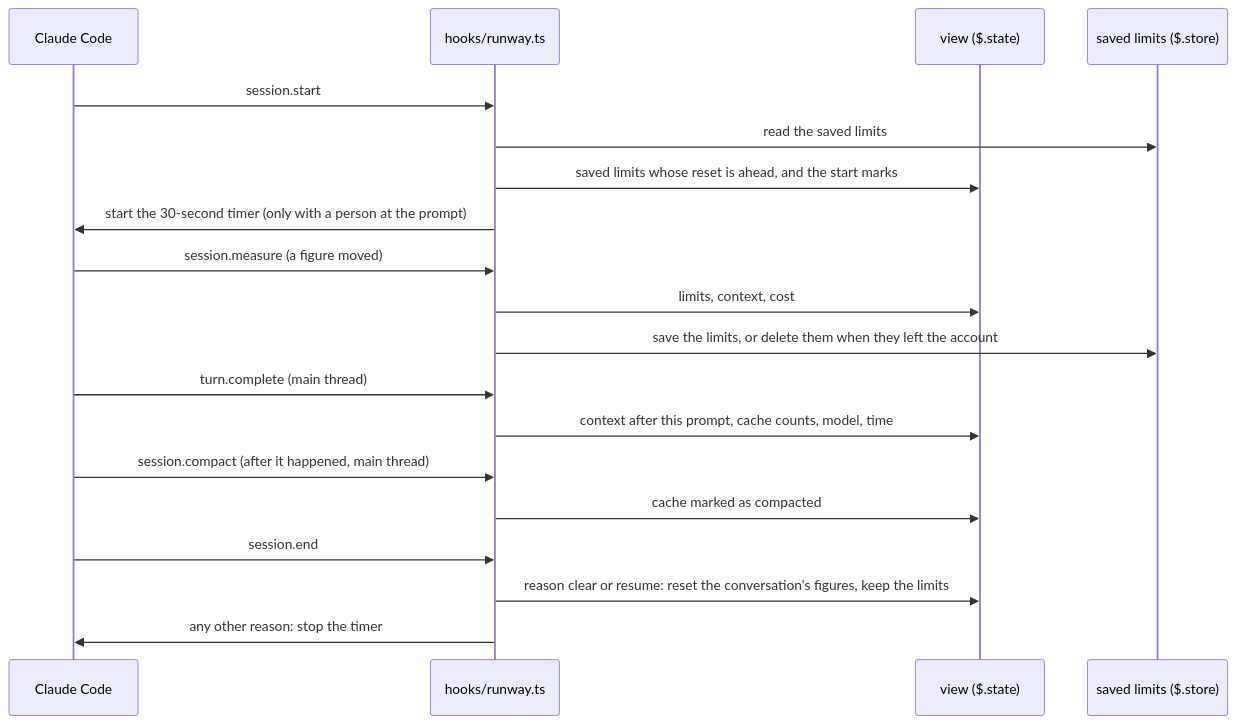
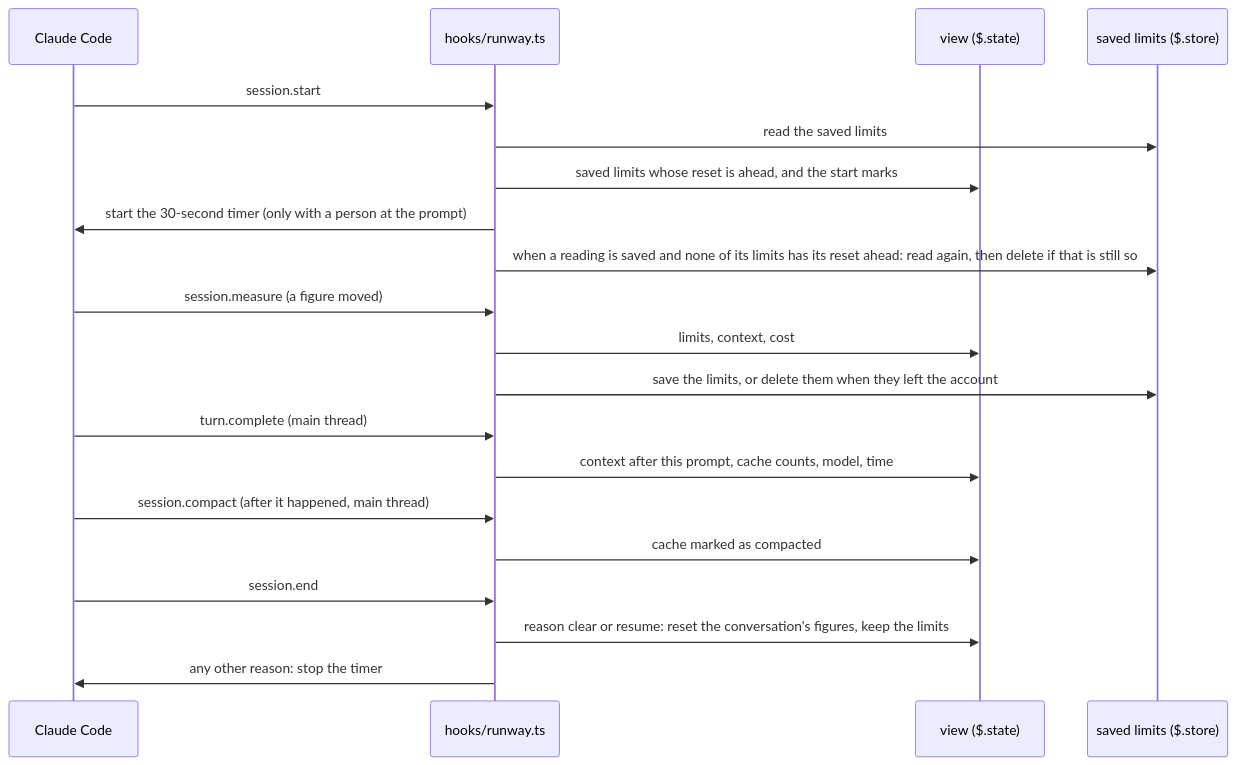
Before and after one commit to tmathura/claude-runway: the second of 3 diagrams in docs/architecture.md, drawn with Mermaid. The commit also changed 12 other files, not shown here.

First line of the commit message:
[#7] Delete a saved limits reading with no limit left in its window (#9)

````diff
--- a/docs/architecture.md
+++ b/docs/architecture.md
@@ -54,21 +54,22 @@
 ```mermaid
 sequenceDiagram
   participant CC as Claude Code
   participant H as hooks/runway.ts
   participant V as view ($.state)
   participant S as saved limits ($.store)
   CC->>H: session.start
   H->>S: read the saved limits
   H->>V: saved limits whose reset is ahead, and the start marks
   H->>CC: start the 30-second timer (only with a person at the prompt)
+  H->>S: when a reading is saved and none of its limits has its reset ahead: read again, then delete if that is still so
   CC->>H: session.measure (a figure moved)
   H->>V: limits, context, cost
   H->>S: save the limits, or delete them when they left the account
   CC->>H: turn.complete (main thread)
   H->>V: context after this prompt, cache counts, model, time
   CC->>H: session.compact (after it happened, main thread)
   H->>V: cache marked as compacted
   CC->>H: session.end
   H->>V: reason clear or resume: reset the conversation's figures, keep the limits
   H->>CC: any other reason: stop the timer
 ```
````
